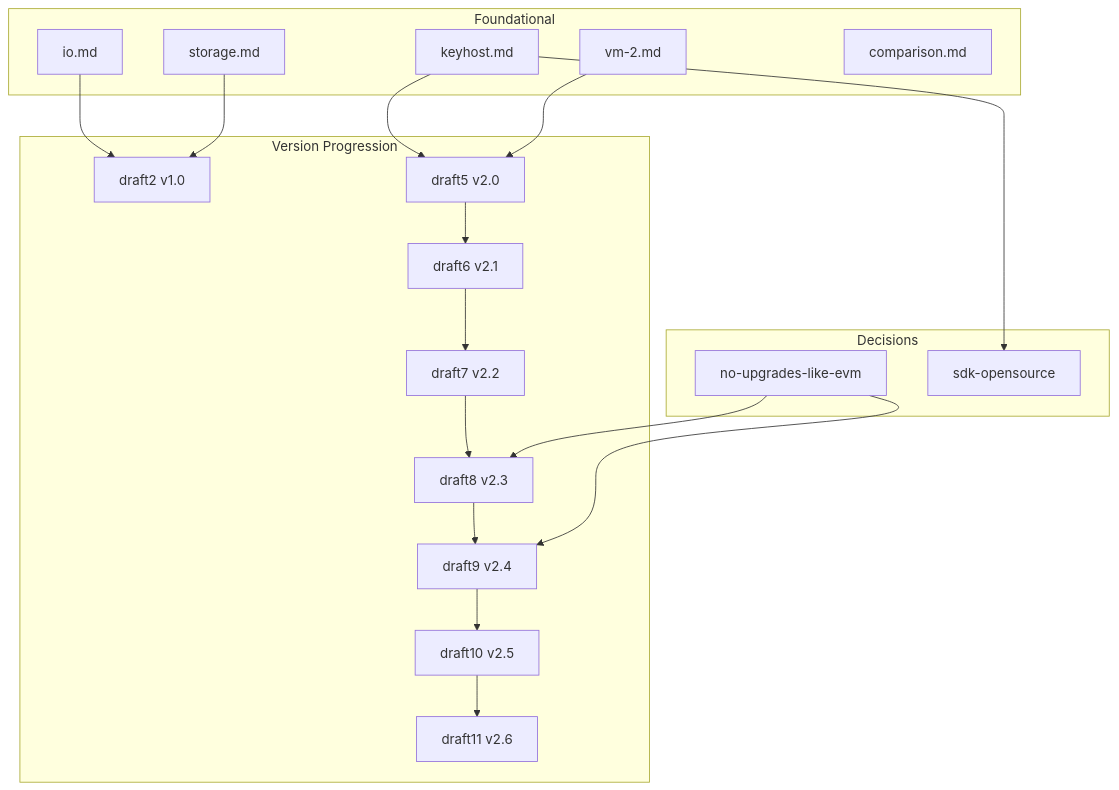
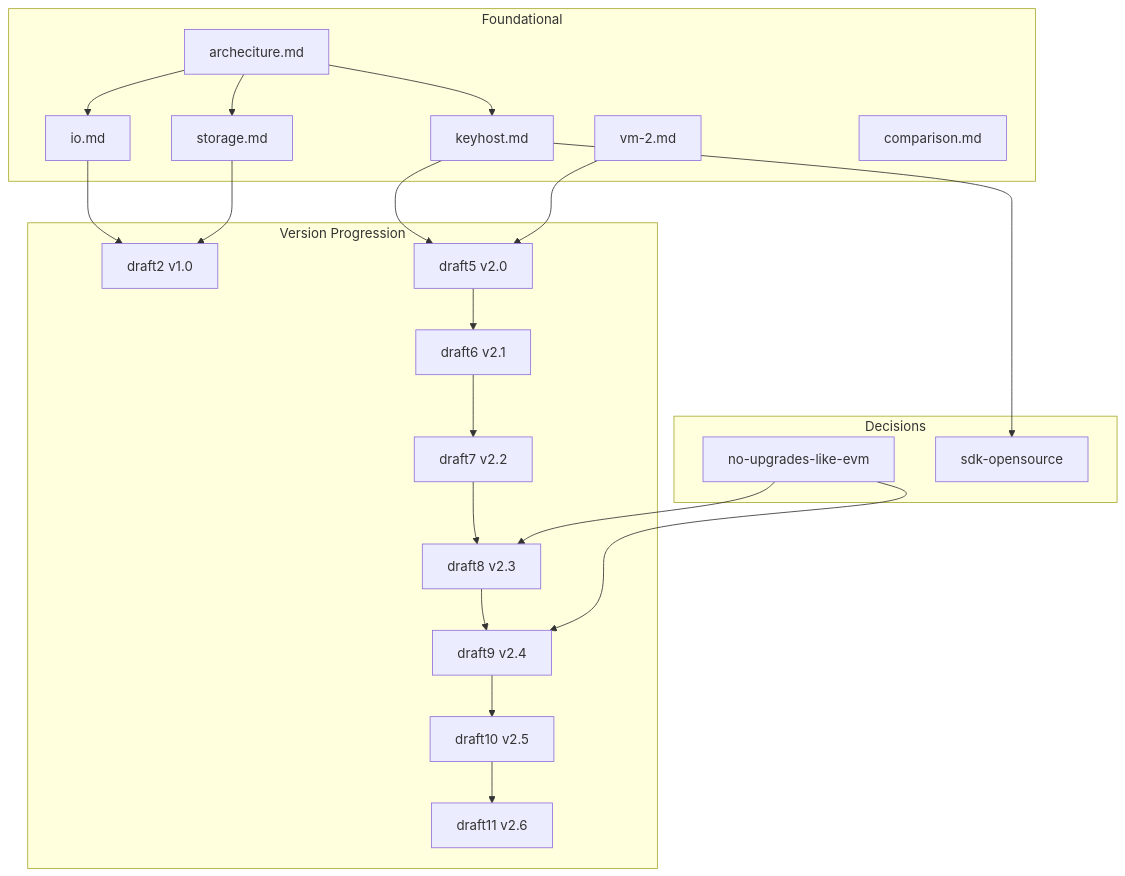
Before and after one commit to morpheum-labs/mwvm: the diagram in docs/proposals/README.md, drawn with Mermaid. The commit also changed other lines of this file and 2 other files, not shown here.

Commit message:
howitwork

````diff
--- a/docs/proposals/README.md
+++ b/docs/proposals/README.md
@@ -71,35 +72,39 @@
 ```mermaid
 flowchart TB
     subgraph Foundational["Foundational"]
+        arch[archeciture.md]
         io[io.md]
         storage[storage.md]
         keyhost[keyhost.md]
         vm2[vm-2.md]
         comparison[comparison.md]
     end
 
     subgraph Versions["Version Progression"]
         d2[draft2 v1.0]
         d5[draft5 v2.0]
         d6[draft6 v2.1]
         d7[draft7 v2.2]
         d8[draft8 v2.3]
         d9[draft9 v2.4]
         d10[draft10 v2.5]
         d11[draft11 v2.6]
     end
 
     subgraph Decisions["Decisions"]
         noevm[no-upgrades-like-evm]
         sdk[sdk-opensource]
     end
 
+    arch --> io
+    arch --> storage
+    arch --> keyhost
     io --> d2
     storage --> d2
     keyhost --> d5
     vm2 --> d5
     d5 --> d6 --> d7 --> d8 --> d9 --> d10 --> d11
     noevm --> d8
     noevm --> d9
     keyhost --> sdk
 ```
````
